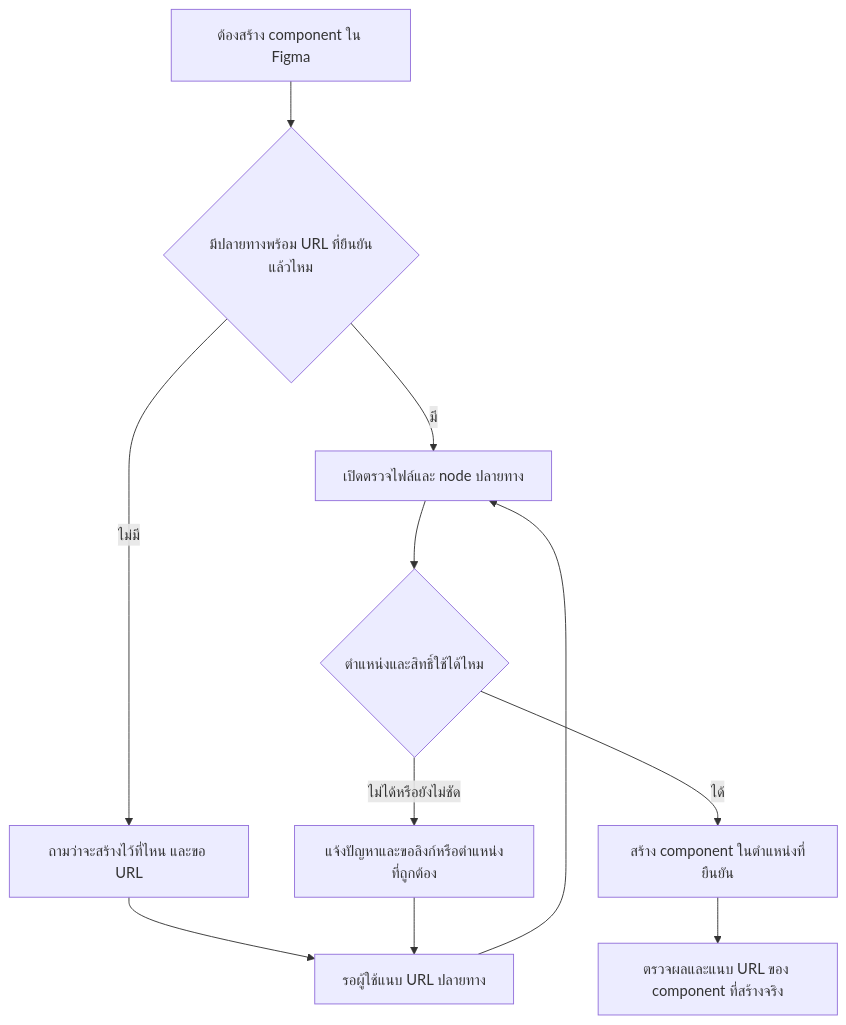
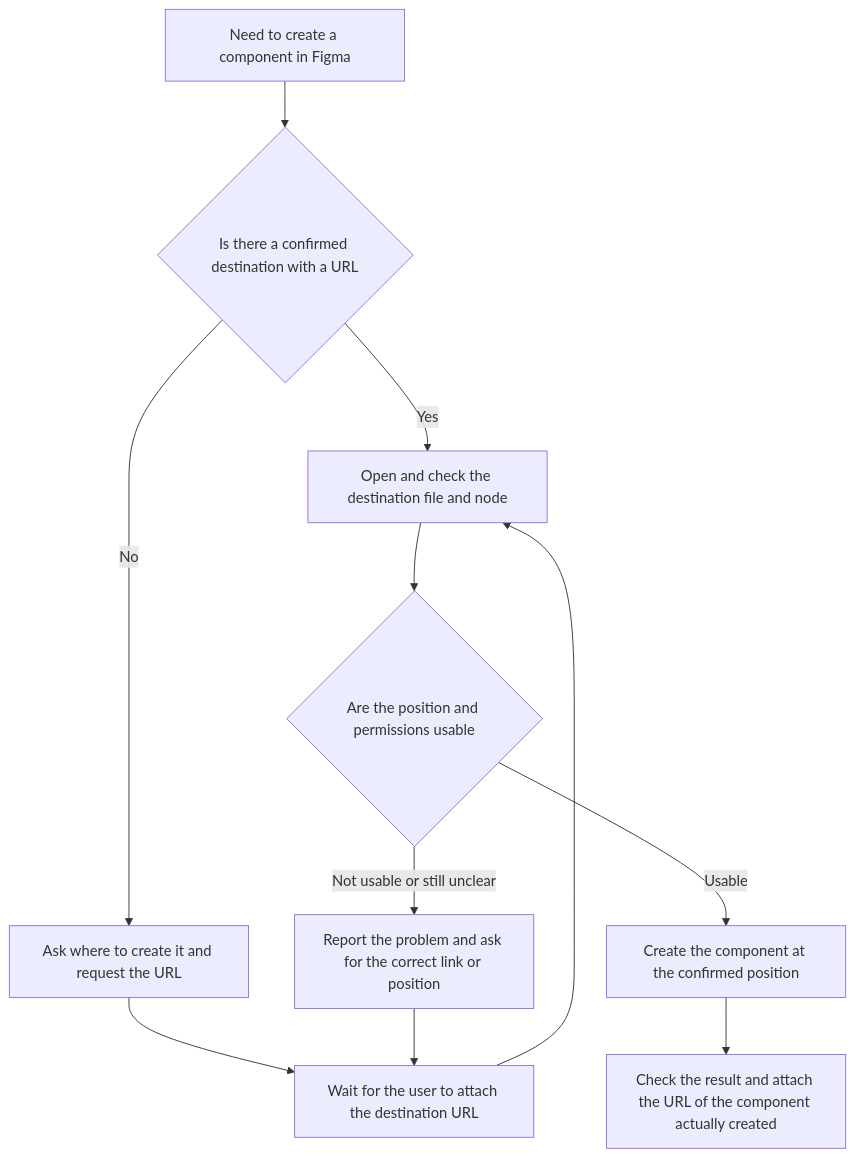
Before and after one commit to PraewNAT/cariva-design-workspace: the second of 3 diagrams in design-system/rules/code-to-design-flow.md, drawn with Mermaid. The commit also changed other lines of this file and 190 other files, not shown here.

First line of the commit message:
Align Figma component sets with shadcn, add Code Connect, translate docs to English

````diff
--- a/design-system/rules/code-to-design-flow.md
+++ b/design-system/rules/code-to-design-flow.md
@@ -65,13 +65,13 @@
 ```mermaid
 flowchart TD
-  Need["ต้องสร้าง component ใน Figma"] --> Known{"มีปลายทางพร้อม URL ที่ยืนยันแล้วไหม"}
-  Known -->|มี| Check["เปิดตรวจไฟล์และ node ปลายทาง"]
-  Known -->|ไม่มี| Ask["ถามว่าจะสร้างไว้ที่ไหน และขอ URL"]
-  Ask --> Reply["รอผู้ใช้แนบ URL ปลายทาง"]
+  Need["Need to create a component in Figma"] --> Known{"Is there a confirmed destination with a URL"}
+  Known -->|Yes| Check["Open and check the destination file and node"]
+  Known -->|No| Ask["Ask where to create it and request the URL"]
+  Ask --> Reply["Wait for the user to attach the destination URL"]
   Reply --> Check
-  Check --> Valid{"ตำแหน่งและสิทธิ์ใช้ได้ไหม"}
-  Valid -->|ไม่ได้หรือยังไม่ชัด| Clarify["แจ้งปัญหาและขอลิงก์หรือตำแหน่งที่ถูกต้อง"]
+  Check --> Valid{"Are the position and permissions usable"}
+  Valid -->|Not usable or still unclear| Clarify["Report the problem and ask for the correct link or position"]
   Clarify --> Reply
-  Valid -->|ได้| Create["สร้าง component ในตำแหน่งที่ยืนยัน"]
-  Create --> Deliver["ตรวจผลและแนบ URL ของ component ที่สร้างจริง"]
+  Valid -->|Usable| Create["Create the component at the confirmed position"]
+  Create --> Deliver["Check the result and attach the URL of the component actually created"]
 ```
````
